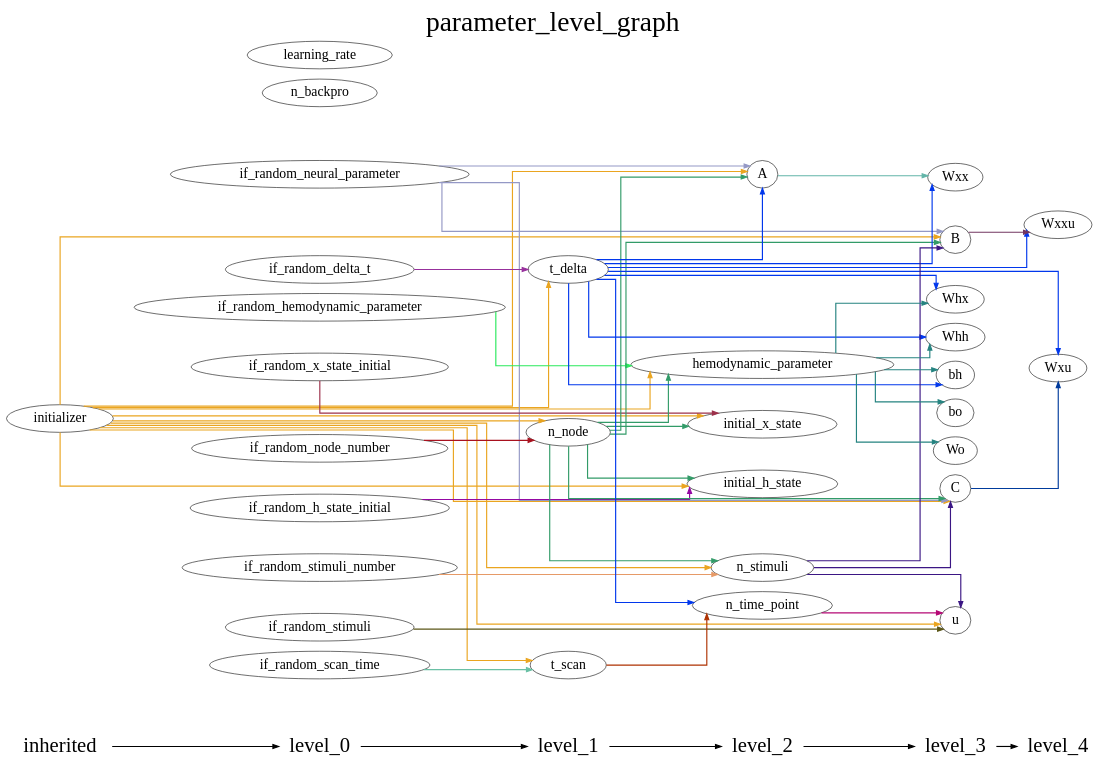
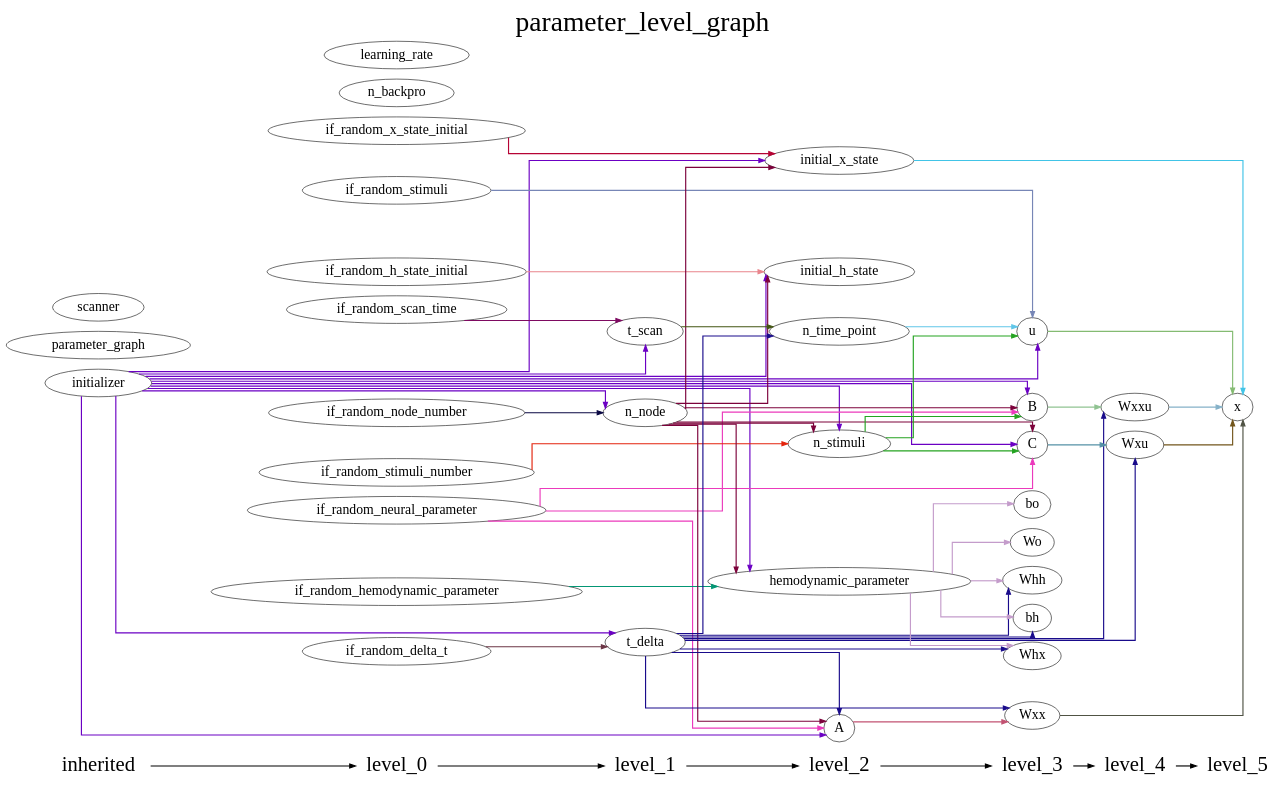
One commit to YuanWangOnward/DCM_RNN changed the diagram in DCM_RNN/documents/parameter_level_graph.gv. Above: the diagram before and after it, drawn with Graphviz. The commit also changed 5 other files, not shown here.

```diff
--- a/DCM_RNN/documents/parameter_level_graph.gv
+++ b/DCM_RNN/documents/parameter_level_graph.gv
@@ -1,131 +1,141 @@
 digraph G {
           splines=ortho;
           fontsize = 48;
           rankdir = "LR";
           node[fontsize=24];
           edge[penwidth=2];
           {
           node [shape=plaintext fontsize=36];
           inherited -> 
           level_0 -> 
           level_1 -> 
           level_2 -> 
           level_3 -> 
-          level_4
+          level_4 -> 
+          level_5
           }
           {rank = same;
           inherited;
           initializer;
+          parameter_graph;
+          scanner;
           }
           {rank = same;
           level_0;
           if_random_neural_parameter;
           if_random_hemodynamic_parameter;
           if_random_x_state_initial;
           if_random_h_state_initial;
           if_random_stimuli;
           if_random_node_number;
           if_random_stimuli_number;
           if_random_delta_t;
           if_random_scan_time;
           n_backpro;
           learning_rate;
           }
           {rank = same;
           level_1;
           n_node;
           t_delta;
           t_scan;
           }
           {rank = same;
           level_2;
           n_time_point;
           n_stimuli;
           A;
           hemodynamic_parameter;
           initial_x_state;
           initial_h_state;
           }
           {rank = same;
           level_3;
           u;
           B;
           C;
           Wxx;
           Whx;
           Whh;
           bh;
           Wo;
           bo;
           }
           {rank = same;
           level_4;
           Wxxu;
           Wxu;
           }
+          {rank = same;
+          level_5;
+          x;
+          }
+          Whx ;
+          parameter_graph ;
+          Wxu -> x [color="#73561C"];
+          Whh ;
+          n_node -> C [color="#7C023B"];
+          n_node -> initial_x_state [color="#7C023B"];
+          n_node -> n_stimuli [color="#7C023B"];
+          n_node -> A [color="#7C023B"];
+          n_node -> hemodynamic_parameter [color="#7C023B"];
+          n_node -> initial_h_state [color="#7C023B"];
+          n_node -> B [color="#7C023B"];
+          x ;
+          Wxxu -> x [color="#85B1C8"];
+          C -> Wxu [color="#5591A6"];
+          bo ;
+          if_random_scan_time -> t_scan [color="#7E0A61"];
+          n_stimuli -> C [color="#24A321"];
+          n_stimuli -> u [color="#24A321"];
+          n_stimuli -> B [color="#24A321"];
+          n_backpro ;
+          if_random_x_state_initial -> initial_x_state [color="#B60435"];
+          learning_rate ;
           bh ;
-          t_scan -> n_time_point [color="#AE3202"];
-          Whh ;
-          if_random_neural_parameter -> A [color="#9498C5"];
-          if_random_neural_parameter -> C [color="#9498C5"];
-          if_random_neural_parameter -> B [color="#9498C5"];
-          if_random_scan_time -> t_scan [color="#6AC0A5"];
-          learning_rate ;
-          A -> Wxx [color="#62B5A8"];
-          if_random_stimuli -> u [color="#5B5617"];
-          Wxx ;
-          bo ;
-          u ;
-          Wxxu ;
-          n_time_point -> u [color="#B50875"];
-          initial_x_state ;
-          if_random_hemodynamic_parameter -> hemodynamic_parameter [color="#2AE95C"];
-          if_random_h_state_initial -> initial_h_state [color="#9408A3"];
-          C -> Wxu [color="#003B9C"];
-          if_random_node_number -> n_node [color="#A8111E"];
-          n_backpro ;
+          u -> x [color="#84BB72"];
+          if_random_node_number -> n_node [color="#080642"];
+          t_delta -> Whx [color="#190B8B"];
+          t_delta -> Wxu [color="#190B8B"];
+          t_delta -> Whh [color="#190B8B"];
+          t_delta -> Wxxu [color="#190B8B"];
+          t_delta -> bh [color="#190B8B"];
+          t_delta -> A [color="#190B8B"];
+          t_delta -> Wxx [color="#190B8B"];
+          t_delta -> n_time_point [color="#190B8B"];
+          A -> Wxx [color="#C25272"];
+          hemodynamic_parameter -> Whx [color="#C49CCB"];
+          hemodynamic_parameter -> Whh [color="#C49CCB"];
+          hemodynamic_parameter -> bo [color="#C49CCB"];
+          hemodynamic_parameter -> bh [color="#C49CCB"];
+          hemodynamic_parameter -> Wo [color="#C49CCB"];
           initial_h_state ;
-          t_delta -> bh [color="#0137EC"];
-          t_delta -> Whh [color="#0137EC"];
-          t_delta -> A [color="#0137EC"];
-          t_delta -> Wxx [color="#0137EC"];
-          t_delta -> Wxxu [color="#0137EC"];
-          t_delta -> n_time_point [color="#0137EC"];
-          t_delta -> Whx [color="#0137EC"];
-          t_delta -> Wxu [color="#0137EC"];
-          n_node -> A [color="#329B68"];
-          n_node -> initial_x_state [color="#329B68"];
-          n_node -> C [color="#329B68"];
-          n_node -> initial_h_state [color="#329B68"];
-          n_node -> B [color="#329B68"];
-          n_node -> n_stimuli [color="#329B68"];
-          n_node -> hemodynamic_parameter [color="#329B68"];
-          Whx ;
-          Wxu ;
-          initializer -> t_scan [color="#EAA520"];
-          initializer -> A [color="#EAA520"];
-          initializer -> u [color="#EAA520"];
-          initializer -> initial_x_state [color="#EAA520"];
-          initializer -> C [color="#EAA520"];
-          initializer -> initial_h_state [color="#EAA520"];
-          initializer -> t_delta [color="#EAA520"];
-          initializer -> n_node [color="#EAA520"];
-          initializer -> B [color="#EAA520"];
-          initializer -> n_stimuli [color="#EAA520"];
-          initializer -> hemodynamic_parameter [color="#EAA520"];
-          if_random_stimuli_number -> n_stimuli [color="#E69A67"];
-          B -> Wxxu [color="#723661"];
-          n_stimuli -> u [color="#3B1684"];
-          n_stimuli -> C [color="#3B1684"];
-          n_stimuli -> B [color="#3B1684"];
-          if_random_x_state_initial -> initial_x_state [color="#9C304A"];
-          if_random_delta_t -> t_delta [color="#97309C"];
-          hemodynamic_parameter -> bh [color="#258380"];
-          hemodynamic_parameter -> Whh [color="#258380"];
-          hemodynamic_parameter -> bo [color="#258380"];
-          hemodynamic_parameter -> Whx [color="#258380"];
-          hemodynamic_parameter -> Wo [color="#258380"];
+          initial_x_state -> x [color="#41C4E7"];
+          Wxx -> x [color="#505344"];
+          t_scan -> n_time_point [color="#425510"];
+          if_random_hemodynamic_parameter -> hemodynamic_parameter [color="#039674"];
+          if_random_neural_parameter -> C [color="#EB3ABC"];
+          if_random_neural_parameter -> A [color="#EB3ABC"];
+          if_random_neural_parameter -> B [color="#EB3ABC"];
+          initializer -> n_node [color="#6B00C3"];
+          initializer -> C [color="#6B00C3"];
+          initializer -> initial_x_state [color="#6B00C3"];
+          initializer -> n_stimuli [color="#6B00C3"];
+          initializer -> u [color="#6B00C3"];
+          initializer -> t_delta [color="#6B00C3"];
+          initializer -> A [color="#6B00C3"];
+          initializer -> hemodynamic_parameter [color="#6B00C3"];
+          initializer -> initial_h_state [color="#6B00C3"];
+          initializer -> t_scan [color="#6B00C3"];
+          initializer -> B [color="#6B00C3"];
+          if_random_delta_t -> t_delta [color="#6B3545"];
+          if_random_stimuli_number -> n_stimuli [color="#E3230C"];
+          if_random_stimuli -> u [color="#7786B6"];
           Wo ;
+          if_random_h_state_initial -> initial_h_state [color="#E8848B"];
+          B -> Wxxu [color="#90C392"];
+          n_time_point -> u [color="#60C6E8"];
+          scanner ;
           labelloc = "t";
           label = "parameter_level_graph";
 }
```
